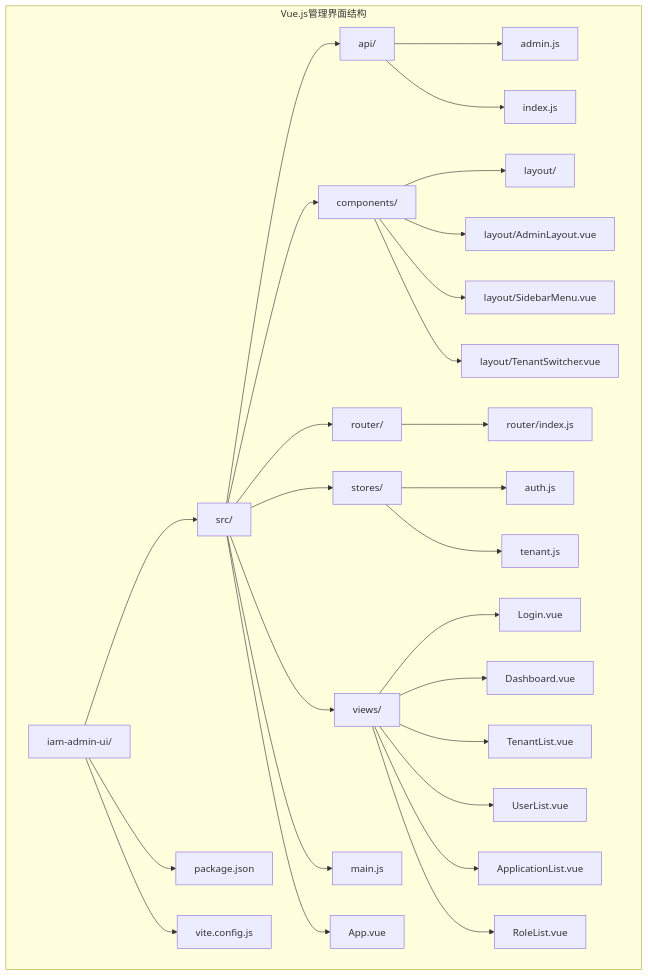
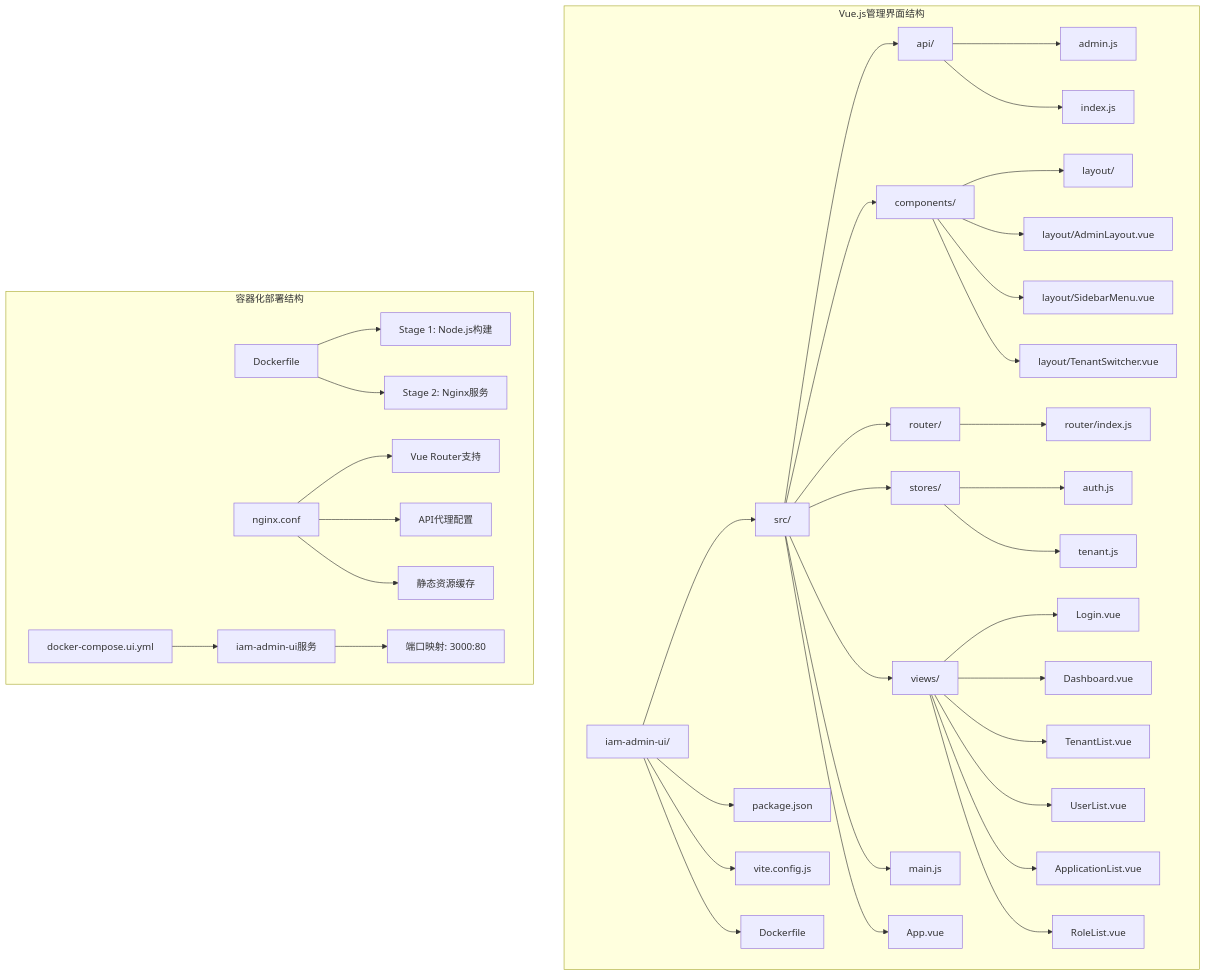
The first of 8 diagrams in .qoder/repowiki/zh/content/核心模块/Vue.js管理界面.md (fq0121104930716/iam-platform), drawn with Mermaid before and after one commit. The commit also changed other lines of this file and 6 other files, not shown here.

````diff
--- a/.qoder/repowiki/zh/content/核心模块/Vue.js管理界面.md
+++ b/.qoder/repowiki/zh/content/核心模块/Vue.js管理界面.md
@@ -41,30 +53,40 @@
 ```mermaid
 graph TB
 subgraph "Vue.js管理界面结构"
 A[iam-admin-ui/] --> B[src/]
 A --> C[package.json]
 A --> D[vite.config.js]
-B --> E[api/]
-B --> F[components/]
-B --> G[router/]
-B --> H[stores/]
-B --> I[views/]
-B --> J[main.js]
-B --> K[App.vue]
-E --> L[admin.js]
-E --> M[index.js]
-F --> N[layout/]
-F --> O[layout/AdminLayout.vue]
-F --> P[layout/SidebarMenu.vue]
-F --> Q[layout/TenantSwitcher.vue]
-G --> R[router/index.js]
-H --> S[auth.js]
-H --> T[tenant.js]
-I --> U[Login.vue]
-I --> V[Dashboard.vue]
-I --> W[TenantList.vue]
-I --> X[UserList.vue]
-I --> Y[ApplicationList.vue]
-I --> Z[RoleList.vue]
+A --> E[Dockerfile]
+B --> F[api/]
+B --> G[components/]
+B --> H[router/]
+B --> I[stores/]
+B --> J[views/]
+B --> K[main.js]
+B --> L[App.vue]
+F --> M[admin.js]
+F --> N[index.js]
+G --> O[layout/]
+G --> P[layout/AdminLayout.vue]
+G --> Q[layout/SidebarMenu.vue]
+G --> R[layout/TenantSwitcher.vue]
+H --> S[router/index.js]
+I --> T[auth.js]
+I --> U[tenant.js]
+J --> V[Login.vue]
+J --> W[Dashboard.vue]
+J --> X[TenantList.vue]
+J --> Y[UserList.vue]
+J --> Z[ApplicationList.vue]
+J --> AA[RoleList.vue]
+end
+subgraph "容器化部署结构"
+BB[Dockerfile] --> CC[Stage 1: Node.js构建]
+BB --> DD[Stage 2: Nginx服务]
+EE[nginx.conf] --> FF[Vue Router支持]
+EE --> GG[API代理配置]
+EE --> HH[静态资源缓存]
+II[docker-compose.ui.yml] --> JJ[iam-admin-ui服务]
+JJ --> KK[端口映射: 3000:80]
 end
 ```
````
